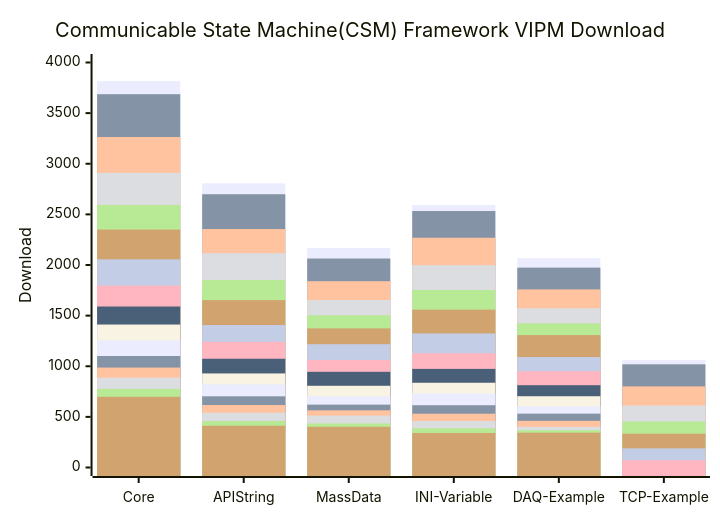
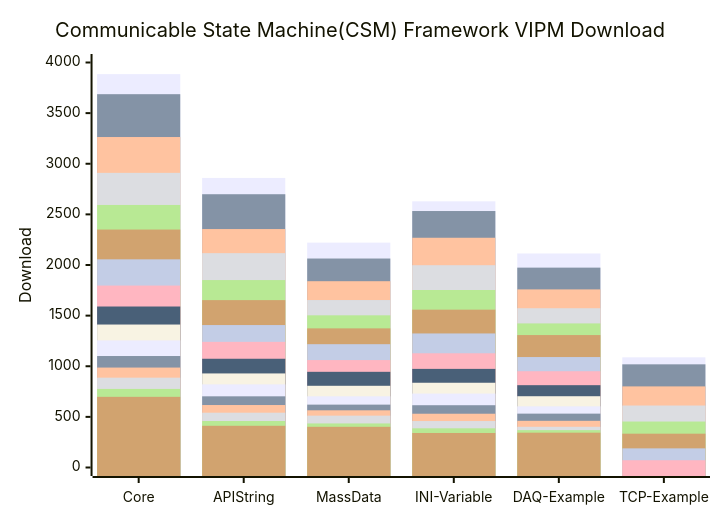
One commit to NEVSTOP-LAB/.github changed the diagram in profile/README.md. Above: the diagram before and after it, drawn with Mermaid.

````diff
--- a/profile/README.md
+++ b/profile/README.md
@@ -31,22 +31,22 @@
 ```mermaid
     xychart-beta
     title "Communicable State Machine(CSM) Framework VIPM Download"
     x-axis [Core, API String, MassData, INI-Variable, DAQ-Example, TCP-Example]
     y-axis "Download" 0 --> 4000
-    bar   [3816, 2806, 2168, 2593, 2068, 1061]
+    bar   [3885, 2860, 2221, 2629, 2114, 1088]
     bar   [3687, 2699, 2064, 2533, 1974, 1019]
     bar   [3264, 2355, 1840, 2269, 1759, 801]
     bar   [2910, 2117, 1654, 1998, 1573, 612]
     bar   [2593, 1851, 1503, 1753, 1423, 454]
     bar   [2350, 1653, 1374, 1559, 1308, 334]
     bar   [2056, 1407, 1218, 1324, 1091, 189]
     bar   [1797, 1241, 1061, 1128, 951, 72]
     bar   [1590, 1074, 945, 974, 813]
     bar   [1412, 929, 807, 837, 704]
     bar   [1255, 821, 703, 730, 604]
     bar   [1101, 703, 621, 615, 532]
     bar   [987, 617, 565, 531, 461]
     bar   [887, 541, 512, 459, 402]
     bar   [776, 459, 435, 387, 369]
     bar   [698, 412, 402, 341, 344]
 ```
````
